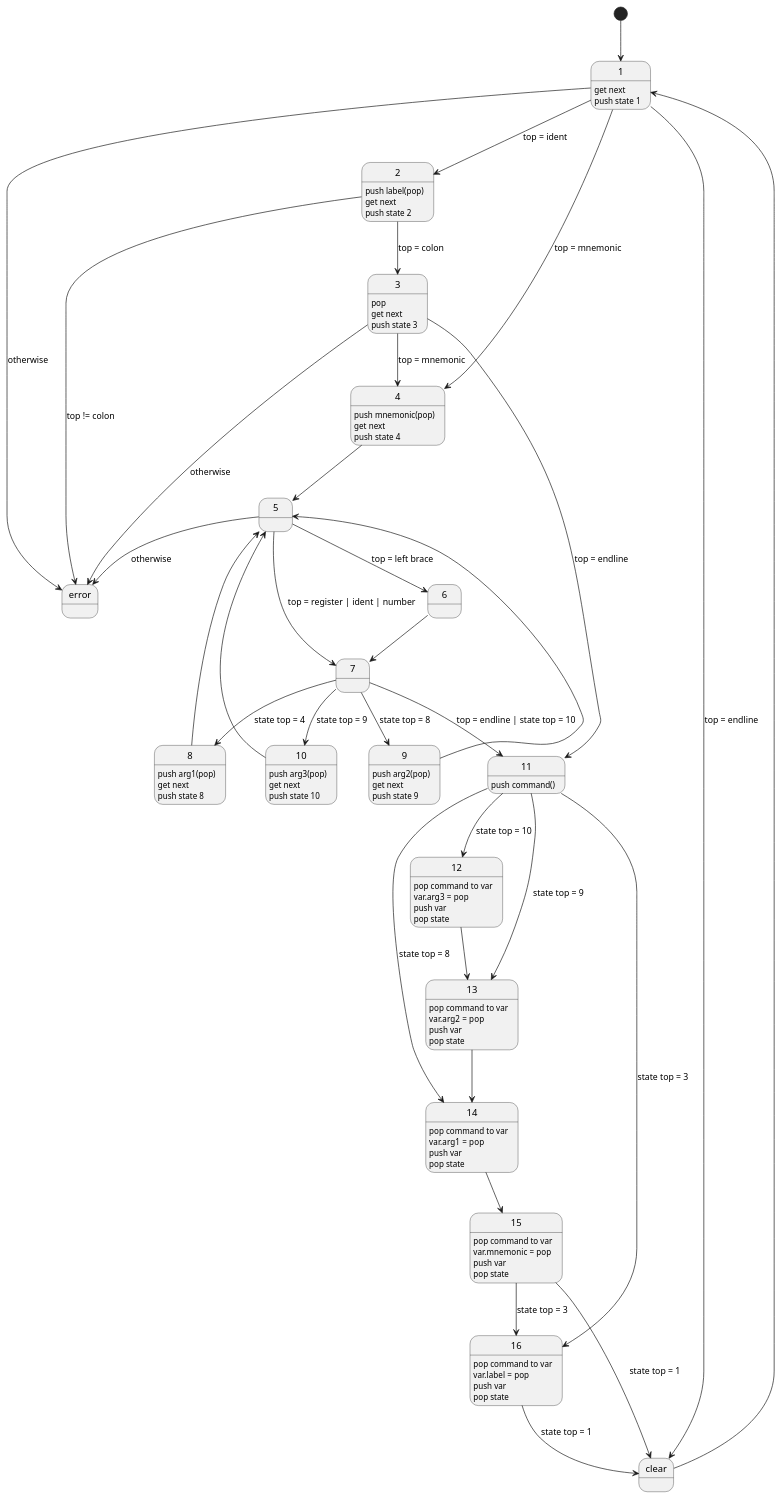
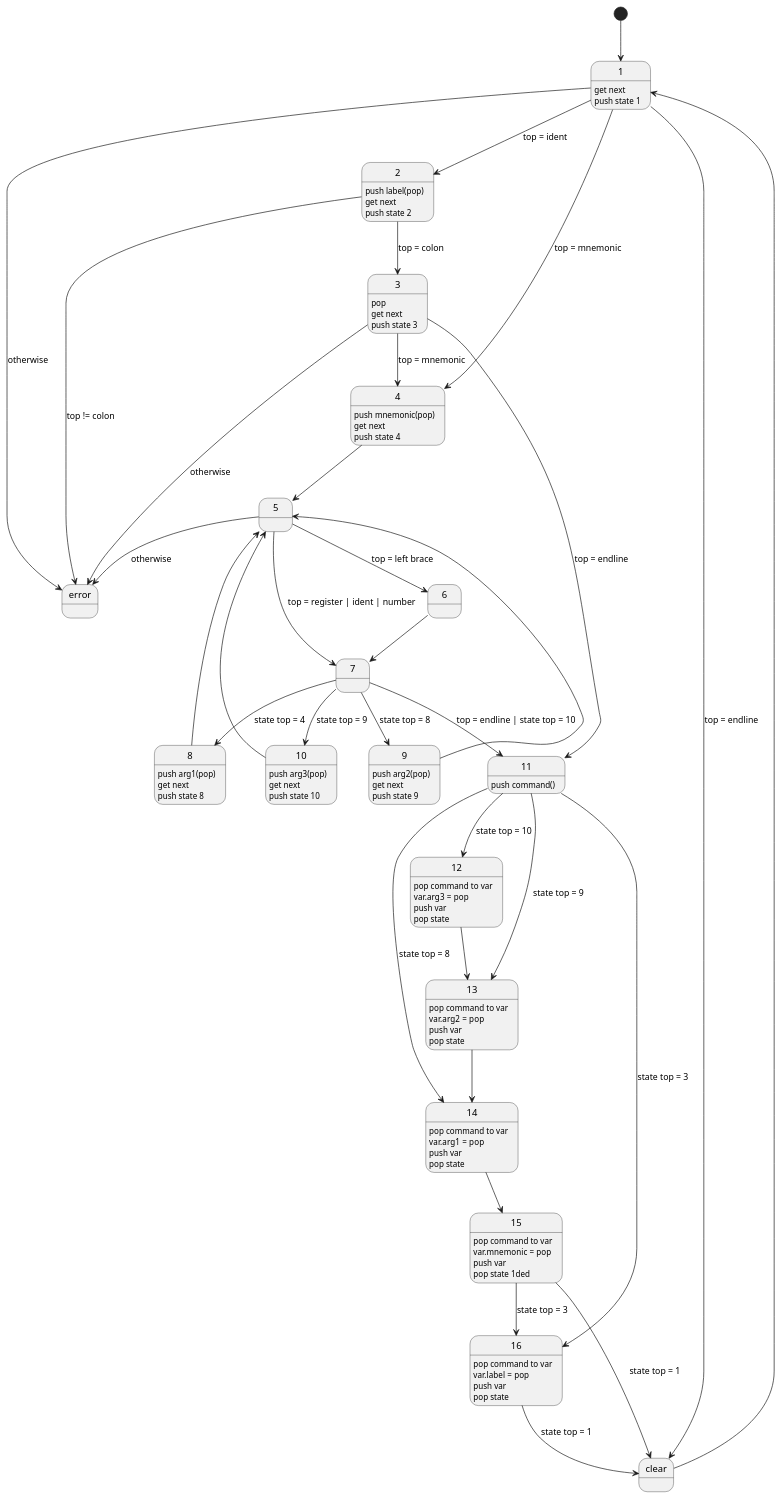
The diagram in state.wsd (Examnes/VM8), drawn with PlantUML before and after one commit. The commit also changed 1 other file, not shown here.

```diff
--- a/state.wsd
+++ b/state.wsd
@@ -1,104 +1,104 @@
 @startuml statechart
 
 [*] --> 1
 1: get next
 1: push state 1
 
 1 --> 2 : top = ident
 1 --> 4 : top = mnemonic
 1 --> error : otherwise
 1 --> clear : top = endline
 
 2: push label(pop)
 2: get next
 2: push state 2
 
 2 --> 3 : top = colon
 2 --> error : top != colon
 
 3: pop
 3: get next 
 3: push state 3
 
 3 --> 4 : top = mnemonic
 
 3 --> error : otherwise
 
 4: push mnemonic(pop)
 4: get next
 4: push state 4
 
 4 --> 5
 
 5 --> 6 : top = left brace
 5 --> 7 : top = register | ident | number
 5 --> error : otherwise
 
 6 --> 7
 
 7 --> 8 : state top = 4
 7 --> 9 : state top = 8
 7 --> 10 : state top = 9
 7 --> 11 : top = endline | state top = 10
 
 8: push arg1(pop)
 8: get next
 8: push state 8
 
 9: push arg2(pop)
 9: get next
 9: push state 9
 
 10: push arg3(pop)
 10: get next
 10: push state 10
 
 8 --> 5
 9 --> 5
 10 --> 5
 
 3 --> 11 : top = endline 
 
 11 --> 12 : state top = 10
 11 --> 13 : state top = 9
 11 --> 14 : state top = 8
 11 --> 16 : state top = 3
 11: push command()
 
 12: pop command to var
 12: var.arg3 = pop
 12: push var
 12: pop state
 
 12 --> 13
 
 13: pop command to var
 13: var.arg2 = pop
 13: push var
 13: pop state
 
 13 --> 14
 
 14: pop command to var
 14: var.arg1 = pop
 14: push var
 14: pop state
 
 14 --> 15
 
 15: pop command to var
 15: var.mnemonic = pop
 15: push var
-15: pop state 
+15: pop state 1ded
 
 16: pop command to var
 16: var.label = pop
 16: push var
 16: pop state  
 
 15 --> 16 : state top = 3
 15 --> clear : state top = 1
 16 --> clear : state top = 1
 clear --> 1
 
 @enduml
```
